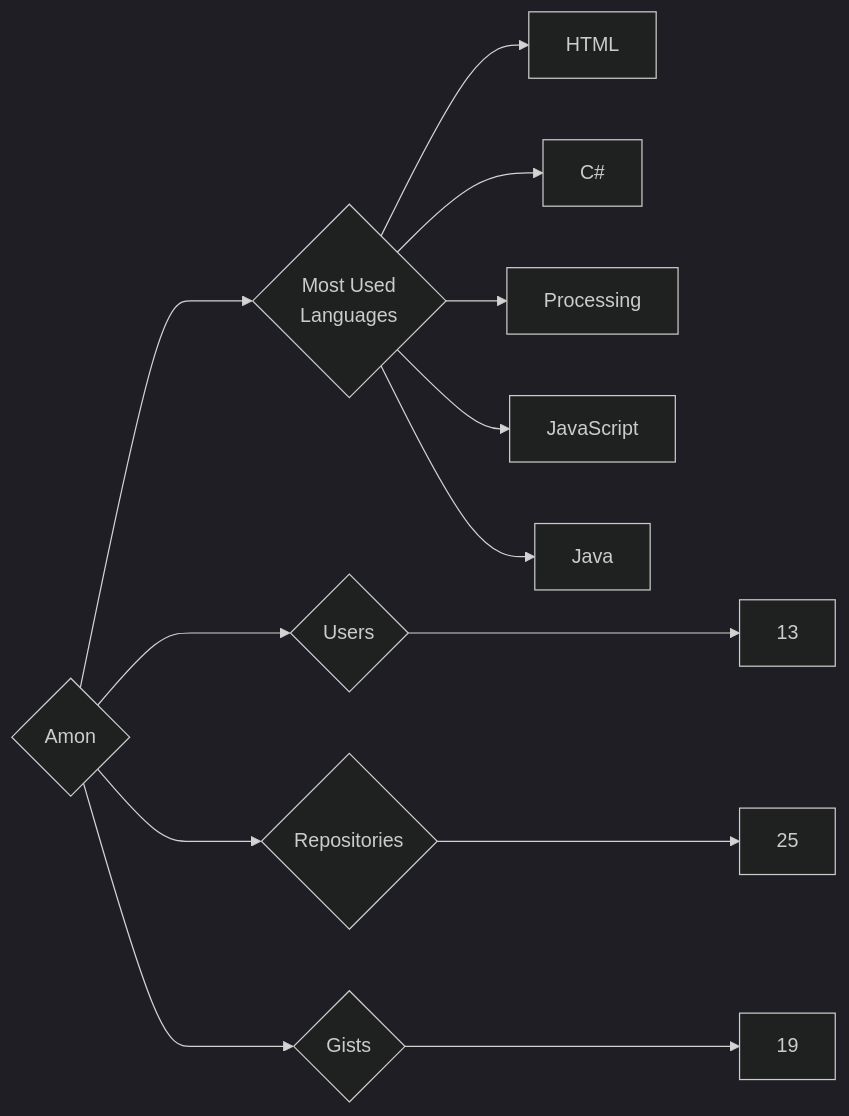
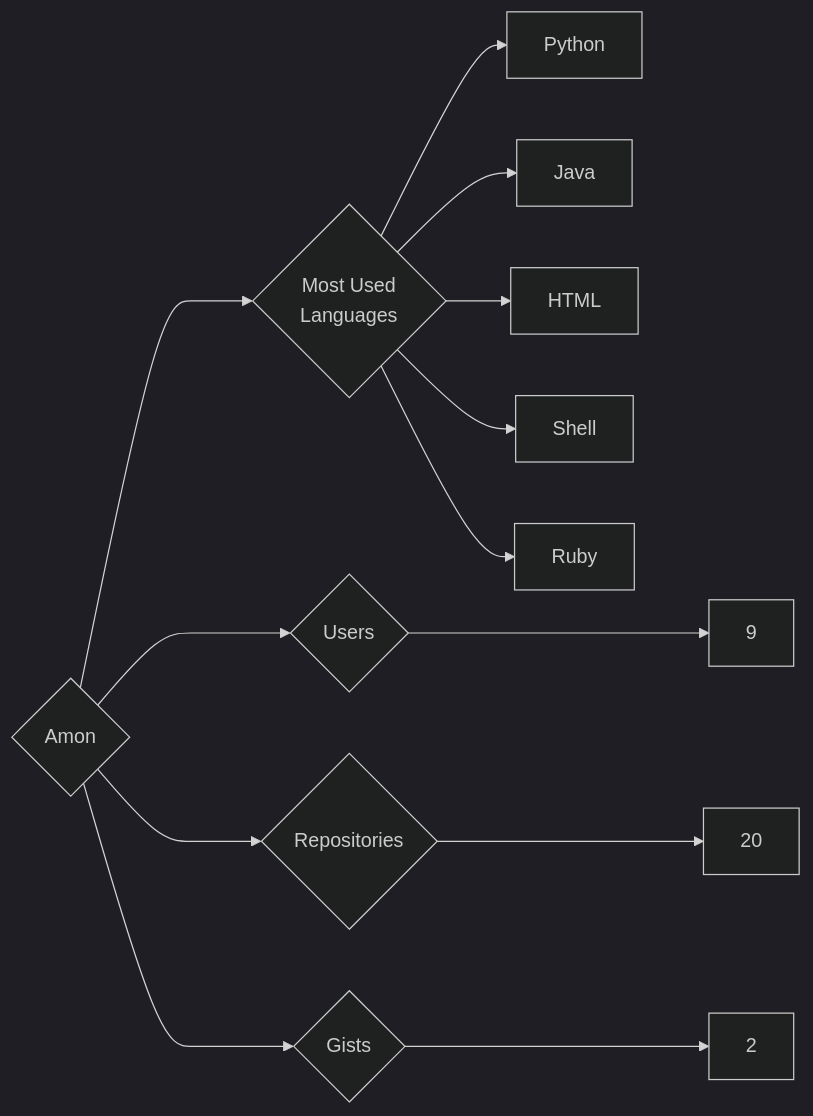
Before and after one commit to trickest/insiders: the diagram in targets/Amon/README.md, drawn with Mermaid (dark theme). The commit also changed 677 other files, not shown here.

````diff
--- a/targets/Amon/README.md
+++ b/targets/Amon/README.md
@@ -3,13 +3,13 @@
 ```mermaid
 graph LR
 COMPANY_NAME{Amon}
-COMPANY_NAME ---> U{Users} ---> UN[13]
-COMPANY_NAME ---> R{Repositories} ---> RN[25]
-COMPANY_NAME ---> G{Gists} ---> GN[19]
+COMPANY_NAME ---> U{Users} ---> UN[9]
+COMPANY_NAME ---> R{Repositories} ---> RN[20]
+COMPANY_NAME ---> G{Gists} ---> GN[2]
 COMPANY_NAME ---> ML{Most Used<br>Languages}
+ML --> Python[Python]
+ML --> Java[Java]
 ML --> HTML[HTML]
-ML --> C#[C#]
-ML --> Processing[Processing]
-ML --> JavaScript[JavaScript]
-ML --> Java[Java]
+ML --> Shell[Shell]
+ML --> Ruby[Ruby]
 ```
````
